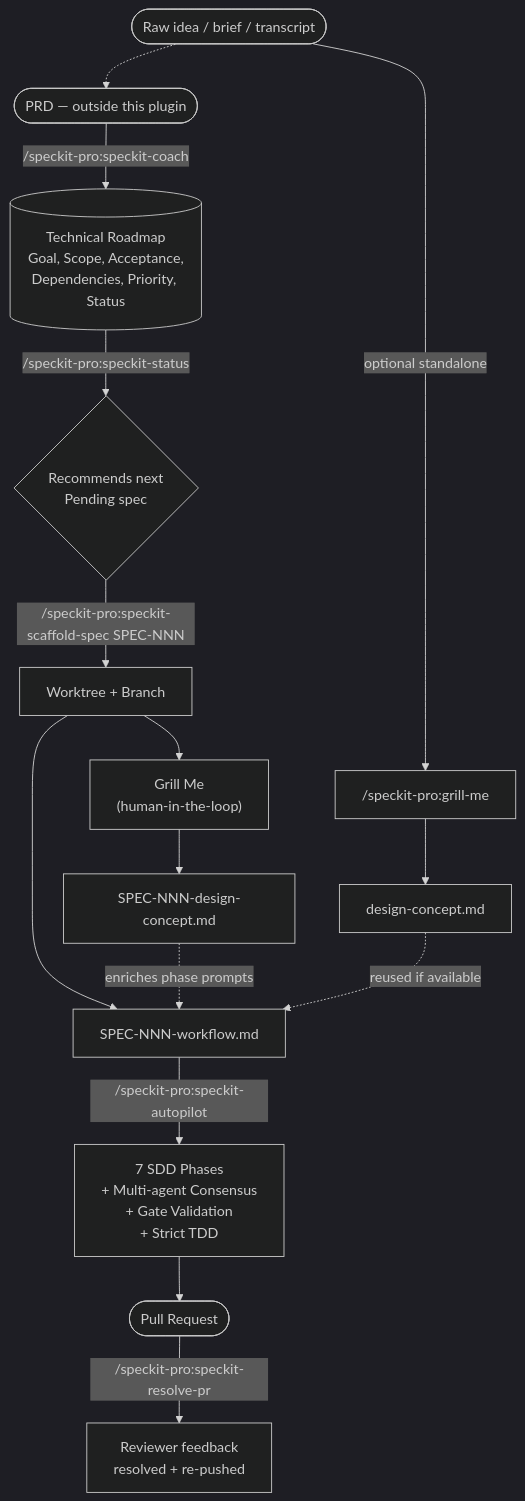
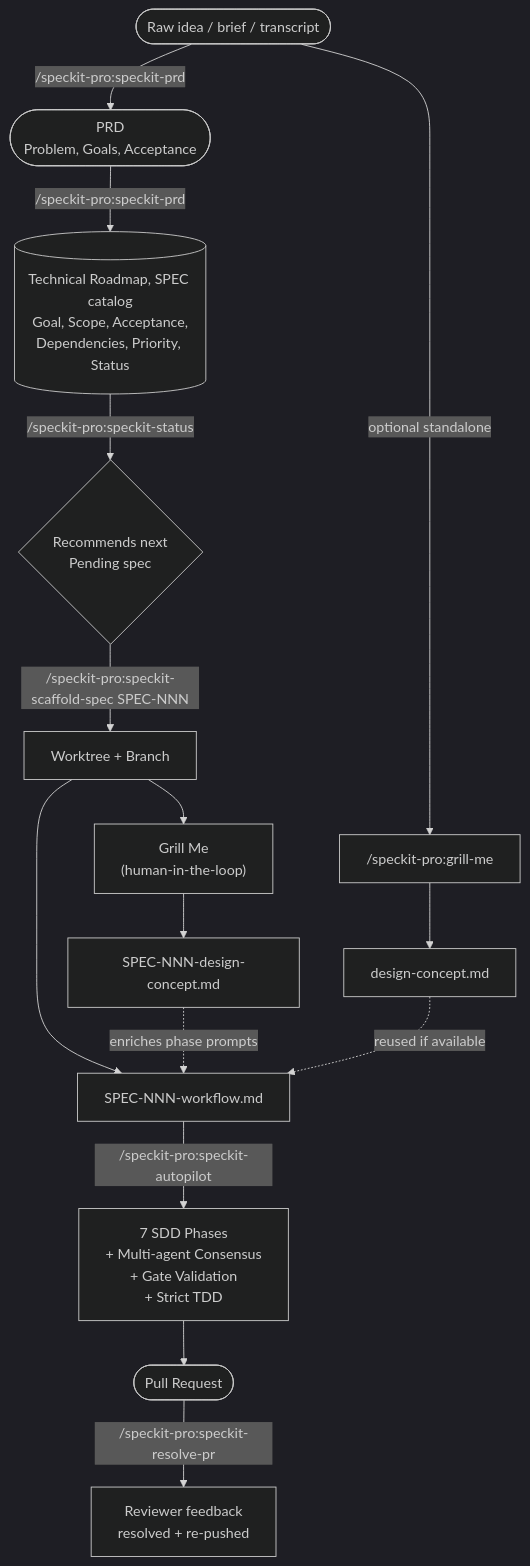
The first of 2 diagrams in speckit-pro/README.md (racecraft-lab/racecraft-plugins-public), drawn with Mermaid (dark theme) before and after one commit. The commit also changed other lines of this file and 15 other files, not shown here.

First line of the commit message:
feat(speckit-pro): add speckit-prd skill and lean PRD template

````diff
--- a/speckit-pro/README.md
+++ b/speckit-pro/README.md
@@ -88,17 +89,17 @@
 ```mermaid
 flowchart TD
     A([Raw idea / brief / transcript]) -->|optional standalone| GR["/speckit-pro:grill-me"]
     GR --> DC1[design-concept.md]
-    A -.-> PRD([PRD — outside this plugin])
-    PRD -->|/speckit-pro:speckit-coach| TR[(Technical Roadmap<br/>Goal, Scope, Acceptance,<br/>Dependencies, Priority, Status)]
+    A -->|/speckit-pro:speckit-prd| PRD([PRD<br/>Problem, Goals, Acceptance])
+    PRD -->|/speckit-pro:speckit-prd| TR[(Technical Roadmap, SPEC catalog<br/>Goal, Scope, Acceptance,<br/>Dependencies, Priority, Status)]
     TR -->|/speckit-pro:speckit-status| ST{Recommends next<br/>Pending spec}
     ST -->|/speckit-pro:speckit-scaffold-spec SPEC-NNN| SU[Worktree + Branch]
     SU --> GM["Grill Me<br/>(human-in-the-loop)"]
     GM --> DC2[SPEC-NNN-design-concept.md]
     SU --> WF[SPEC-NNN-workflow.md]
     DC2 -.->|enriches phase prompts| WF
     DC1 -.->|reused if available| WF
     WF -->|/speckit-pro:speckit-autopilot| AP[7 SDD Phases<br/>+ Multi-agent Consensus<br/>+ Gate Validation<br/>+ Strict TDD]
     AP --> PR([Pull Request])
     PR -->|/speckit-pro:speckit-resolve-pr| FIX[Reviewer feedback<br/>resolved + re-pushed]
 ```
````
